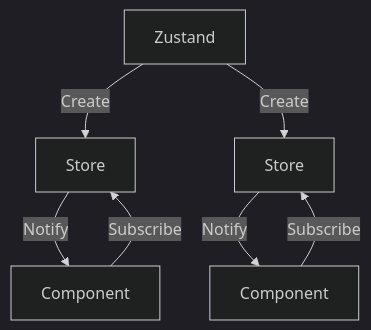
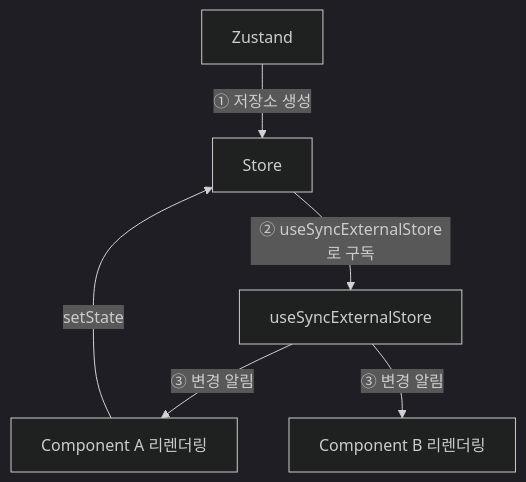
One commit to doputer/dohyeon-nextjs-mdx-blog changed the diagram in contents/create-state-store/index.mdx. Above: the diagram before and after it, drawn with Mermaid (dark theme). The commit also changed 4 other files, not shown here.

Commit message:
Mermaid 라이브러리 교체 (#117)

```diff
--- a/contents/create-state-store/index.mdx
+++ b/contents/create-state-store/index.mdx
@@ -27,12 +27,10 @@
 :::mermaid
 
 flowchart TD
-A["Zustand"] --Create--> B["Store"]
-B --Notify--> C["Component"]
-C --Subscribe--> B
-
-A["Zustand"] --Create--> D["Store"]
-D --Notify--> E["Component"]
-E --Subscribe--> D
+Zustand["Zustand"] -->|"① 저장소 생성"| Store["Store"]
+Store -->|"② useSyncExternalStore로 구독"| Hook["useSyncExternalStore"]
+Hook -->|"③ 변경 알림"| A["Component A 리렌더링"]
+Hook -->|"③ 변경 알림"| B["Component B 리렌더링"]
+A -->|"setState"| Store
 
 :::
```
